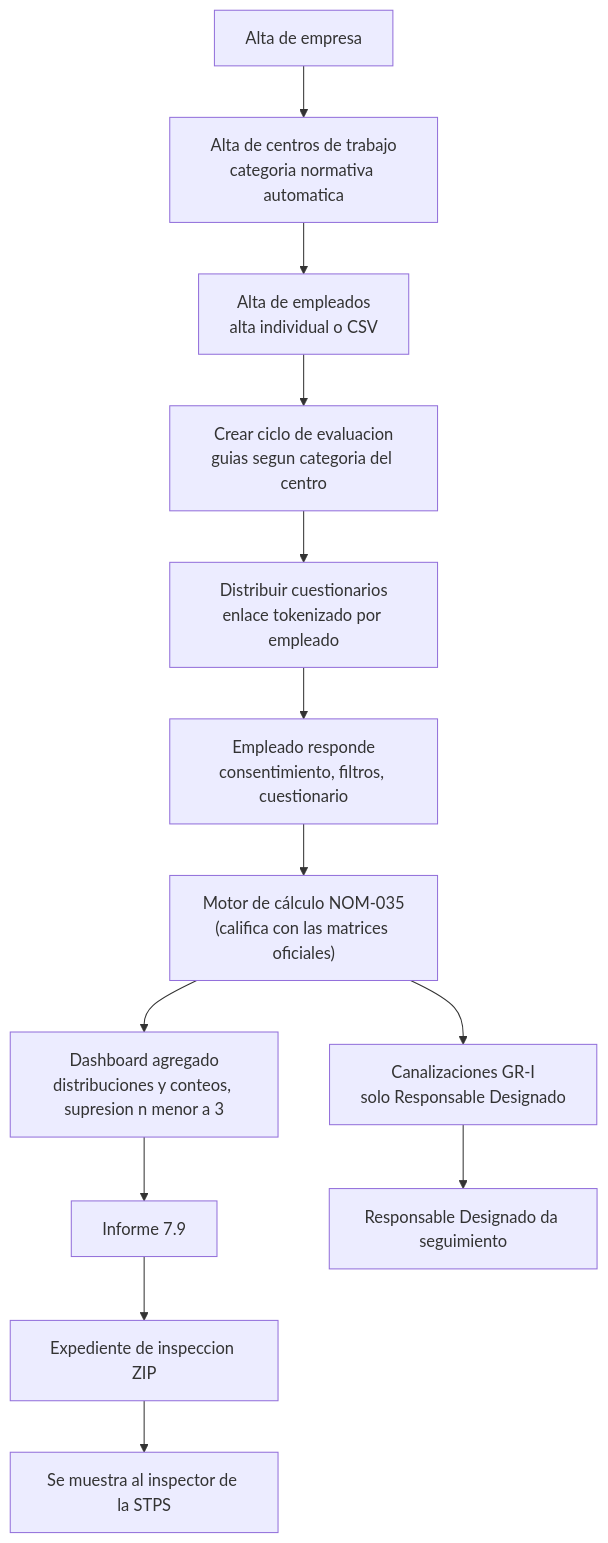
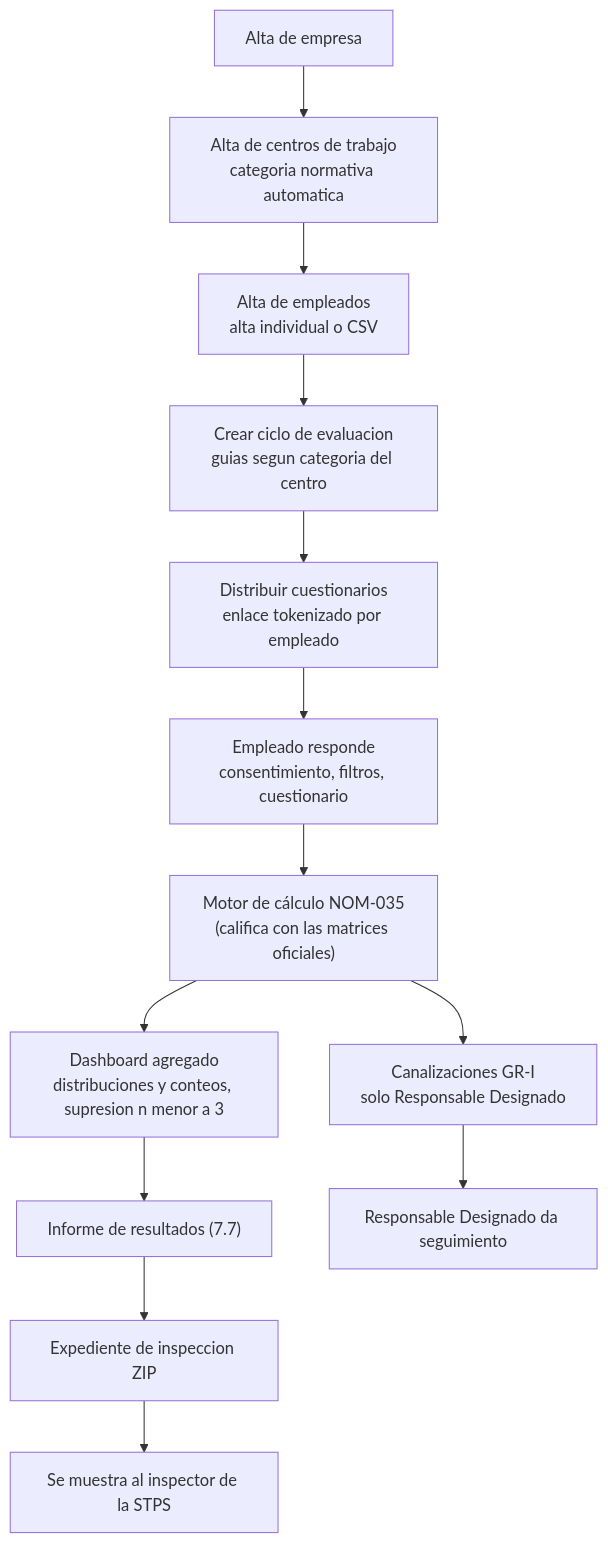
Before and after one commit to Arellano-Asociados/nom35: the first of 3 diagrams in docs/manual.md, drawn with Mermaid. The commit also changed other lines of this file and 4 other files, not shown here.

````diff
--- a/docs/manual.md
+++ b/docs/manual.md
@@ -46,15 +46,15 @@
 ```mermaid
 flowchart TD
     A["Alta de empresa"] --> B["Alta de centros de trabajo<br/>categoria normativa automatica"]
     B --> C["Alta de empleados<br/>alta individual o CSV"]
     C --> D["Crear ciclo de evaluacion<br/>guias segun categoria del centro"]
     D --> E["Distribuir cuestionarios<br/>enlace tokenizado por empleado"]
     E --> F["Empleado responde<br/>consentimiento, filtros, cuestionario"]
     F --> G["Motor de cálculo NOM-035<br/>(califica con las matrices oficiales)"]
     G --> H["Dashboard agregado<br/>distribuciones y conteos, supresion n menor a 3"]
     G --> K["Canalizaciones GR-I<br/>solo Responsable Designado"]
-    H --> I["Informe 7.9"]
+    H --> I["Informe de resultados (7.7)"]
     I --> J["Expediente de inspeccion ZIP"]
     K --> L["Responsable Designado da seguimiento"]
     J --> M["Se muestra al inspector de la STPS"]
 ```
````
